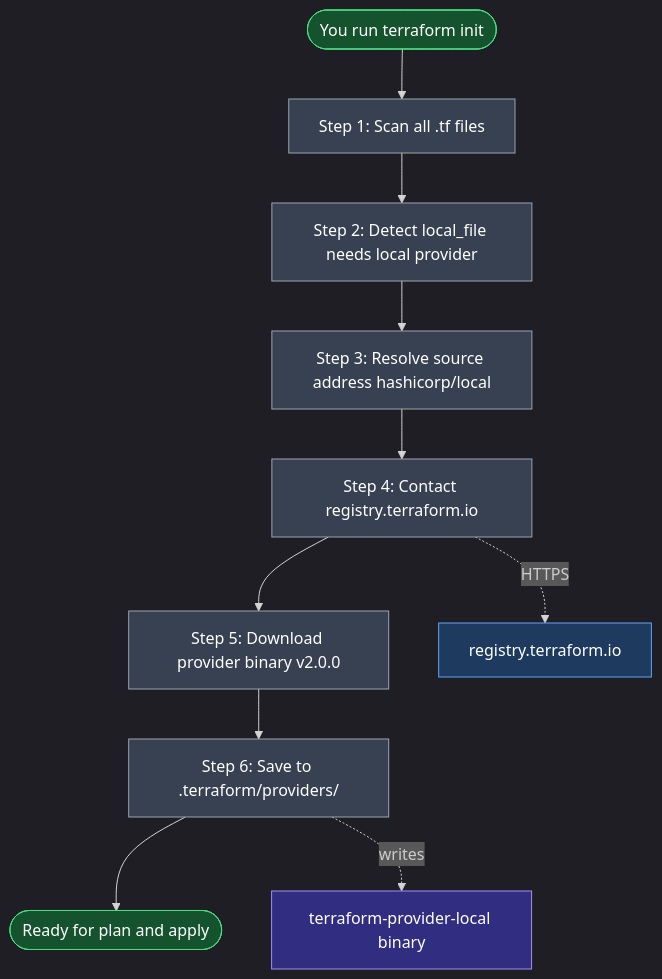
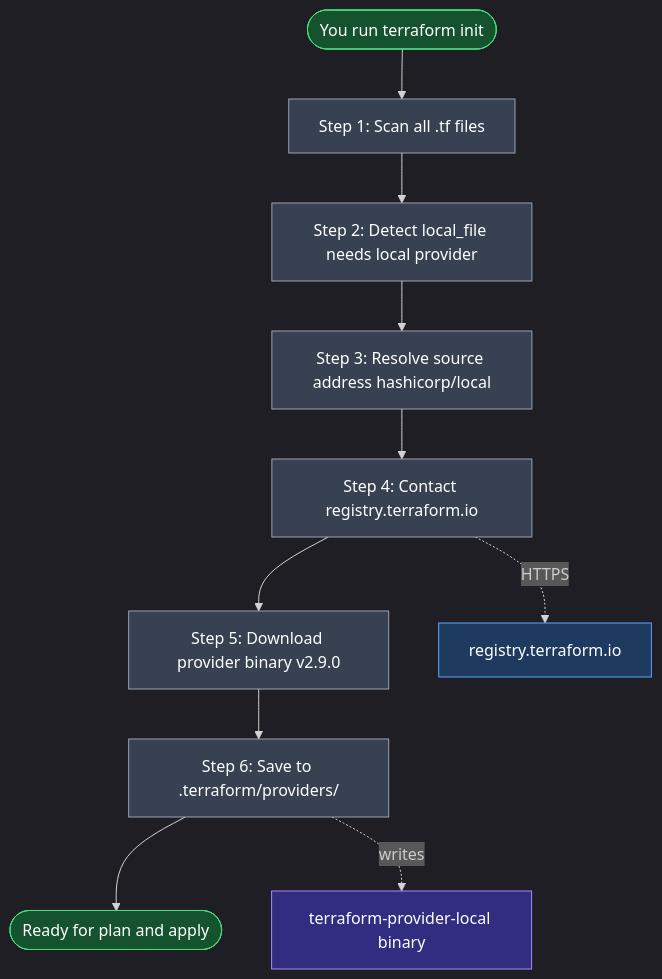
One commit to nirajp82/Terraform_Basics changed the third of 9 diagrams in 04_Core_Terraform_Basics/01_Terraform_Provider.md. Above: the diagram before and after it, drawn with Mermaid. The commit also changed other lines of this file, not shown here.

Commit message:
Update Diagram

````diff
--- a/04_Core_Terraform_Basics/01_Terraform_Provider.md
+++ b/04_Core_Terraform_Basics/01_Terraform_Provider.md
@@ -79,25 +79,25 @@
 ```mermaid
 %%{init: {'theme': 'dark', 'flowchart': {'htmlLabels': true}}}%%
 flowchart TD
     START(["You run terraform init"]) --> S1["Step 1: Scan all .tf files"]
     S1 --> S2["Step 2: Detect local_file needs local provider"]
     S2 --> S3["Step 3: Resolve source address hashicorp/local"]
     S3 --> S4["Step 4: Contact registry.terraform.io"]
-    S4 --> S5["Step 5: Download provider binary v2.0.0"]
+    S4 --> S5["Step 5: Download provider binary v2.9.0"]
     S5 --> S6["Step 6: Save to .terraform/providers/"]
     S6 --> DONE(["Ready for plan and apply"])
 
     S4 -.->|HTTPS| REG["registry.terraform.io"]
     S6 -.->|writes| DISK["terraform-provider-local binary"]
 
     style START fill:#14532d,stroke:#4ade80,color:#ffffff
     style S1 fill:#374151,stroke:#9ca3af,color:#ffffff
     style S2 fill:#374151,stroke:#9ca3af,color:#ffffff
     style S3 fill:#374151,stroke:#9ca3af,color:#ffffff
     style S4 fill:#374151,stroke:#9ca3af,color:#ffffff
     style S5 fill:#374151,stroke:#9ca3af,color:#ffffff
     style S6 fill:#374151,stroke:#9ca3af,color:#ffffff
     style DONE fill:#14532d,stroke:#4ade80,color:#ffffff
     style REG fill:#1e3a5f,stroke:#60a5fa,color:#ffffff
     style DISK fill:#312e81,stroke:#a78bfa,color:#ffffff
 ```
````
